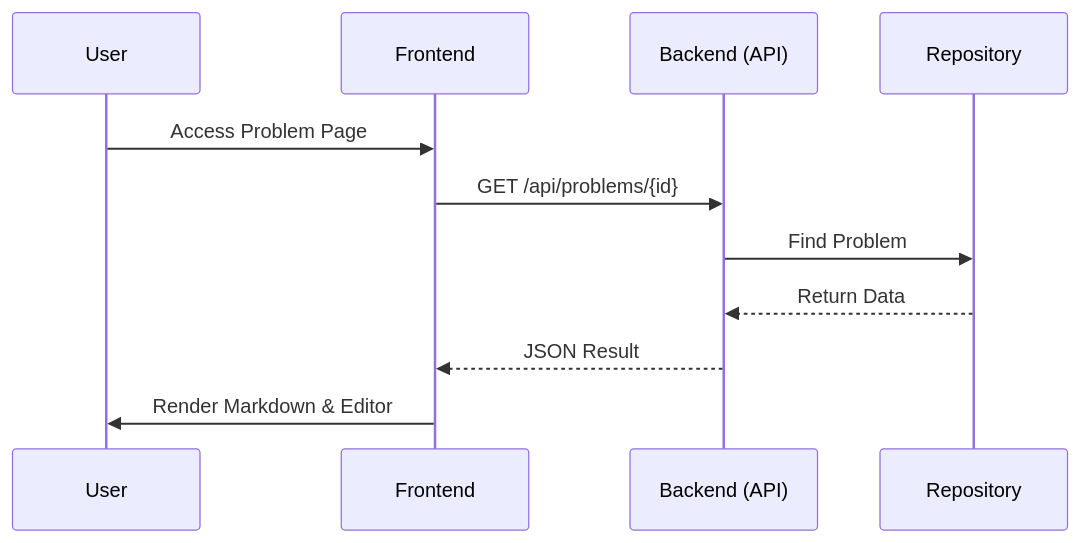
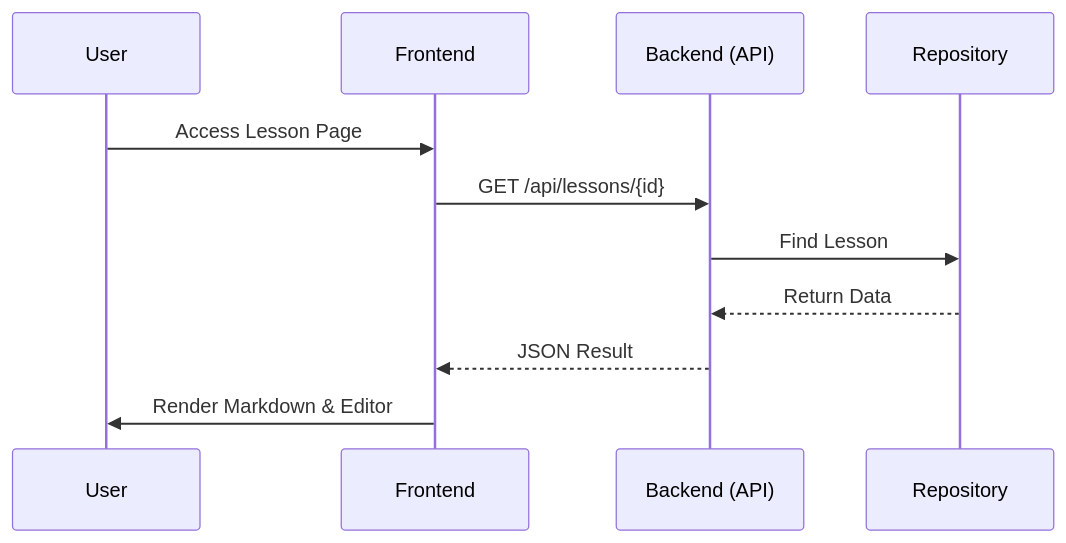
Before and after one commit to TMando616/dev-init: the second of 2 diagrams in .kiro/specs/dev-init/design.md, drawn with Mermaid. The commit also changed other lines of this file and 2 other files, not shown here.

Commit message:
feat(spec): rename entity 'problems' to 'lessons' across specifications

````diff
--- a/.kiro/specs/dev-init/design.md
+++ b/.kiro/specs/dev-init/design.md
@@ -80,14 +80,14 @@
 ```mermaid
 sequenceDiagram
     participant U as User
     participant F as Frontend
     participant B as Backend (API)
     participant R as Repository
     
-    U->>F: Access Problem Page
-    F->>B: GET /api/problems/{id}
-    B->>R: Find Problem
+    U->>F: Access Lesson Page
+    F->>B: GET /api/lessons/{id}
+    B->>R: Find Lesson
     R-->>B: Return Data
     B-->>F: JSON Result
     F->>U: Render Markdown & Editor
 ```
````
